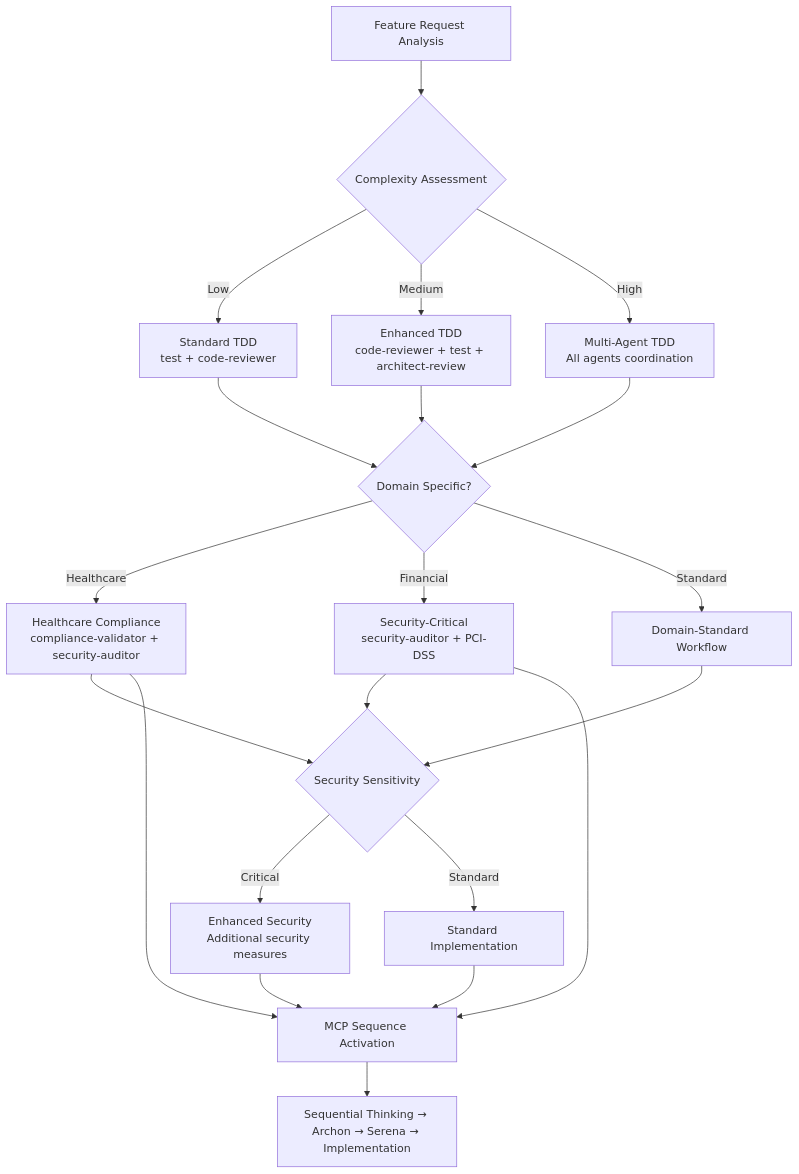
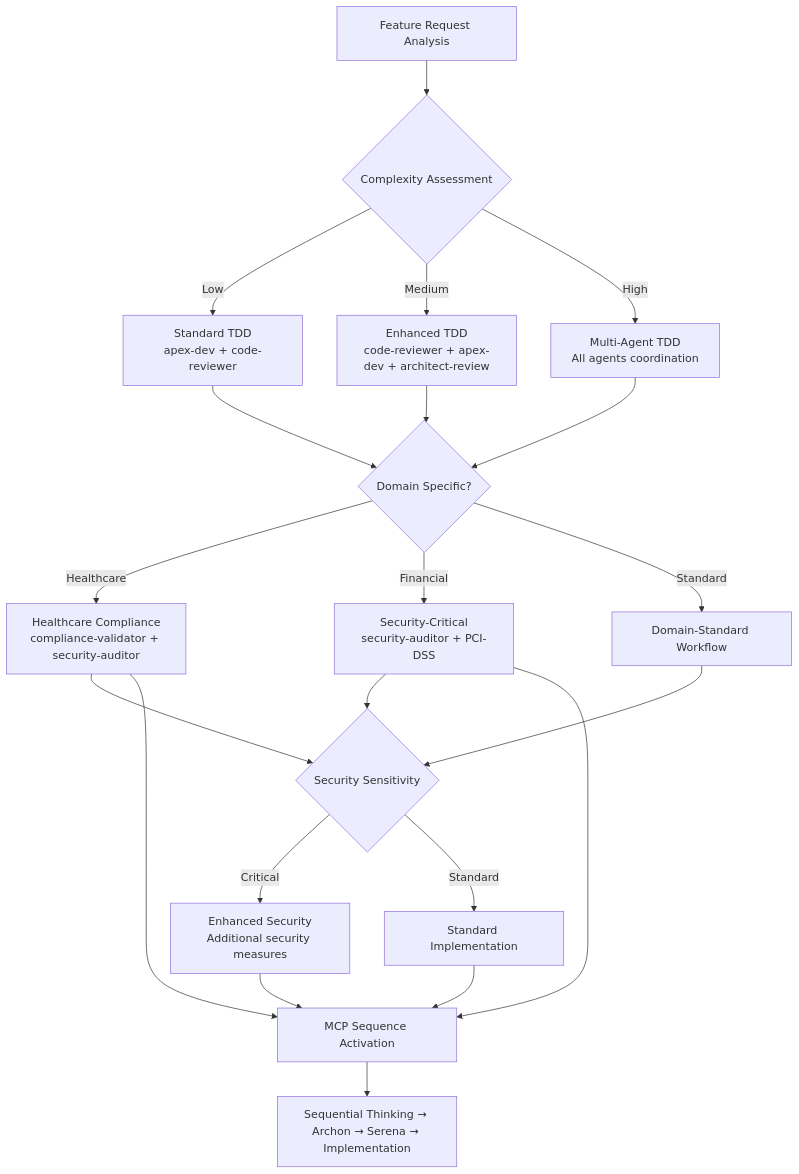
One commit to GrupoUS/neonpro changed the second of 3 diagrams in .claude/agents/code-review/tdd-orchestrator.md. Above: the diagram before and after it, drawn with Mermaid. The commit also changed other lines of this file and 15 other files, not shown here.

````diff
--- a/.claude/agents/code-review/tdd-orchestrator.md
+++ b/.claude/agents/code-review/tdd-orchestrator.md
@@ -837,29 +843,29 @@
 ```mermaid
 graph TD
     A[Feature Request Analysis] --> B{Complexity Assessment}
-    B -->|Low| C[Standard TDD<br/>test + code-reviewer]
-    B -->|Medium| D[Enhanced TDD<br/>code-reviewer + test + architect-review]
+    B -->|Low| C[Standard TDD<br/>apex-dev + code-reviewer]
+    B -->|Medium| D[Enhanced TDD<br/>code-reviewer + apex-dev + architect-review]
     B -->|High| E[Multi-Agent TDD<br/>All agents coordination]
     
     C --> F{Domain Specific?}
     D --> F
     E --> F
     
     F -->|Healthcare| G[Healthcare Compliance<br/>compliance-validator + security-auditor]
     F -->|Financial| H[Security-Critical<br/>security-auditor + PCI-DSS]
     F -->|Standard| I[Domain-Standard Workflow]
     
     G --> J{Security Sensitivity}
     H --> J
     I --> J
     
     J -->|Critical| K[Enhanced Security<br/>Additional security measures]
     J -->|Standard| L[Standard Implementation]
     
     K --> M[MCP Sequence Activation]
     L --> M
     G --> M
     H --> M
     
     M --> N[Sequential Thinking → Archon → Serena → Implementation]
 ```
````
